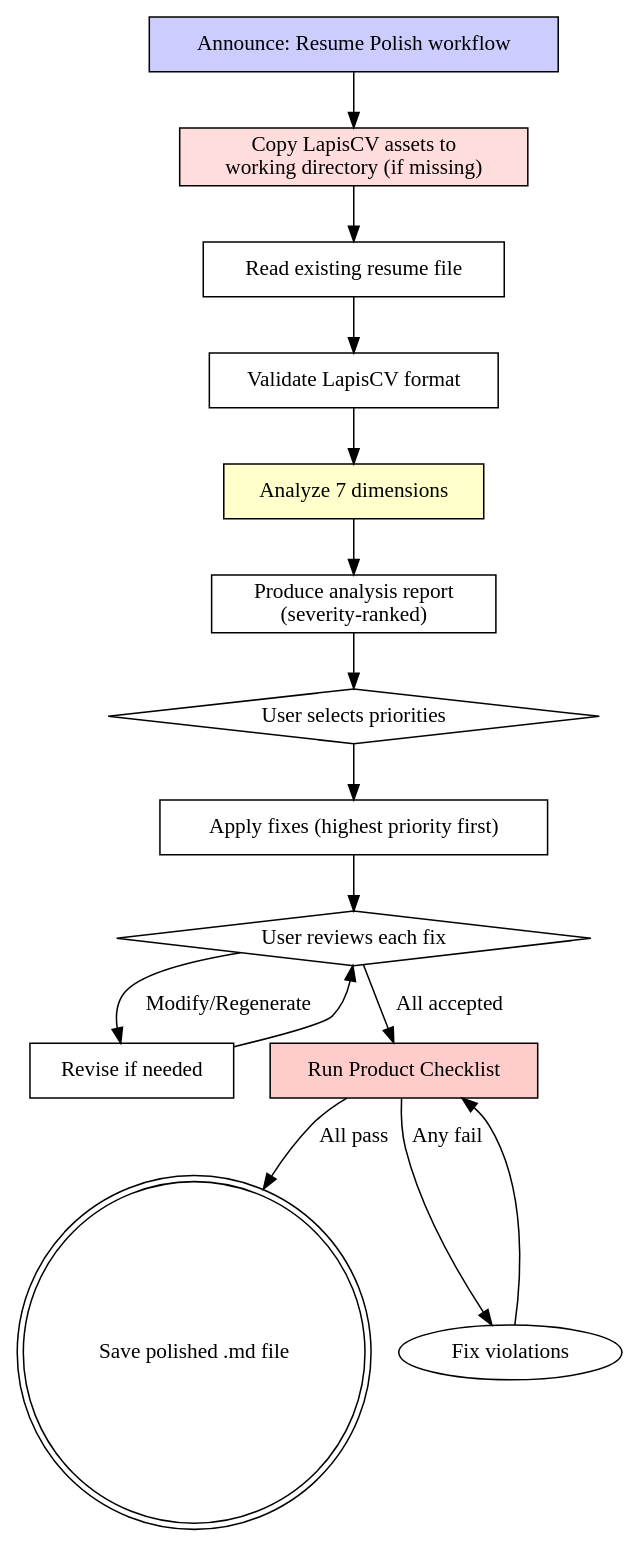
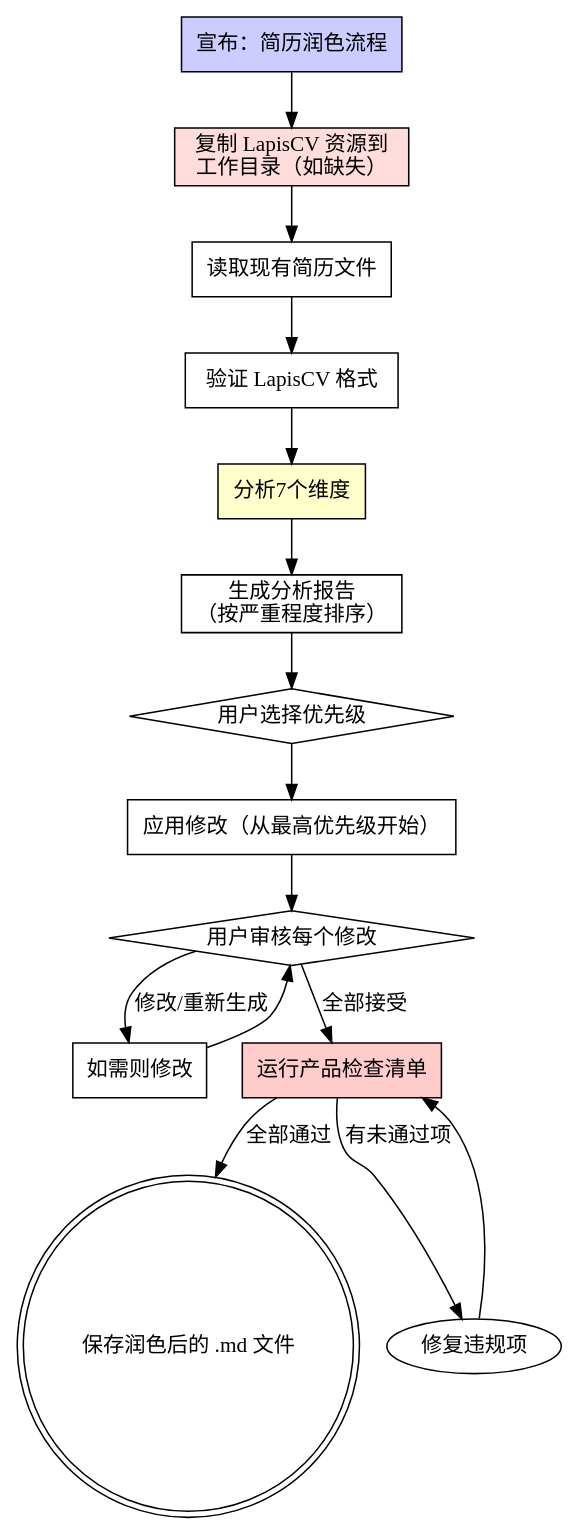
One commit to Wood-Q/Mokio-Interview-Skill changed the diagram in skills/mokio-interview-skill/resume-polish.md. Above: the diagram before and after it, drawn with Graphviz. The commit also changed other lines of this file and 5 other files, not shown here.

````diff
--- a/skills/mokio-interview-skill/resume-polish.md
+++ b/skills/mokio-interview-skill/resume-polish.md
@@ -27,32 +27,32 @@
 ```dot
 digraph resume_polish {
     rankdir=TB;
-    "Announce: Resume Polish workflow" [shape=box, style=filled, fillcolor="#ccccff"];
-    "Copy LapisCV assets to\nworking directory (if missing)" [shape=box, style=filled, fillcolor="#ffdddd"];
-    "Read existing resume file" [shape=box];
-    "Validate LapisCV format" [shape=box];
-    "Analyze 7 dimensions" [shape=box, style=filled, fillcolor="#ffffcc"];
-    "Produce analysis report\n(severity-ranked)" [shape=box];
-    "User selects priorities" [shape=diamond];
-    "Apply fixes (highest priority first)" [shape=box];
-    "User reviews each fix" [shape=diamond];
-    "Revise if needed" [shape=box];
-    "Run Product Checklist" [shape=box, style=filled, fillcolor="#ffcccc"];
-    "Save polished .md file" [shape=doublecircle];
+    "宣布：简历润色流程" [shape=box, style=filled, fillcolor="#ccccff"];
+    "复制 LapisCV 资源到\n工作目录（如缺失）" [shape=box, style=filled, fillcolor="#ffdddd"];
+    "读取现有简历文件" [shape=box];
+    "验证 LapisCV 格式" [shape=box];
+    "分析7个维度" [shape=box, style=filled, fillcolor="#ffffcc"];
+    "生成分析报告\n（按严重程度排序）" [shape=box];
+    "用户选择优先级" [shape=diamond];
+    "应用修改（从最高优先级开始）" [shape=box];
+    "用户审核每个修改" [shape=diamond];
+    "如需则修改" [shape=box];
+    "运行产品检查清单" [shape=box, style=filled, fillcolor="#ffcccc"];
+    "保存润色后的 .md 文件" [shape=doublecircle];
 
-    "Announce: Resume Polish workflow" -> "Copy LapisCV assets to\nworking directory (if missing)";
-    "Copy LapisCV assets to\nworking directory (if missing)" -> "Read existing resume file";
-    "Read existing resume file" -> "Validate LapisCV format";
-    "Validate LapisCV format" -> "Analyze 7 dimensions";
-    "Analyze 7 dimensions" -> "Produce analysis report\n(severity-ranked)";
-    "Produce analysis report\n(severity-ranked)" -> "User selects priorities";
-    "User selects priorities" -> "Apply fixes (highest priority first)";
-    "Apply fixes (highest priority first)" -> "User reviews each fix";
-    "User reviews each fix" -> "Revise if needed" [label="Modify/Regenerate"];
-    "User reviews each fix" -> "Run Product Checklist" [label="All accepted"];
-    "Revise if needed" -> "User reviews each fix";
-    "Run Product Checklist" -> "Save polished .md file" [label="All pass"];
-    "Run Product Checklist" -> "Fix violations" [label="Any fail"];
-    "Fix violations" -> "Run Product Checklist";
+    "宣布：简历润色流程" -> "复制 LapisCV 资源到\n工作目录（如缺失）";
+    "复制 LapisCV 资源到\n工作目录（如缺失）" -> "读取现有简历文件";
+    "读取现有简历文件" -> "验证 LapisCV 格式";
+    "验证 LapisCV 格式" -> "分析7个维度";
+    "分析7个维度" -> "生成分析报告\n（按严重程度排序）";
+    "生成分析报告\n（按严重程度排序）" -> "用户选择优先级";
+    "用户选择优先级" -> "应用修改（从最高优先级开始）";
+    "应用修改（从最高优先级开始）" -> "用户审核每个修改";
+    "用户审核每个修改" -> "如需则修改" [label="修改/重新生成"];
+    "用户审核每个修改" -> "运行产品检查清单" [label="全部接受"];
+    "如需则修改" -> "用户审核每个修改";
+    "运行产品检查清单" -> "保存润色后的 .md 文件" [label="全部通过"];
+    "运行产品检查清单" -> "修复违规项" [label="有未通过项"];
+    "修复违规项" -> "运行产品检查清单";
 }
 ```
````
